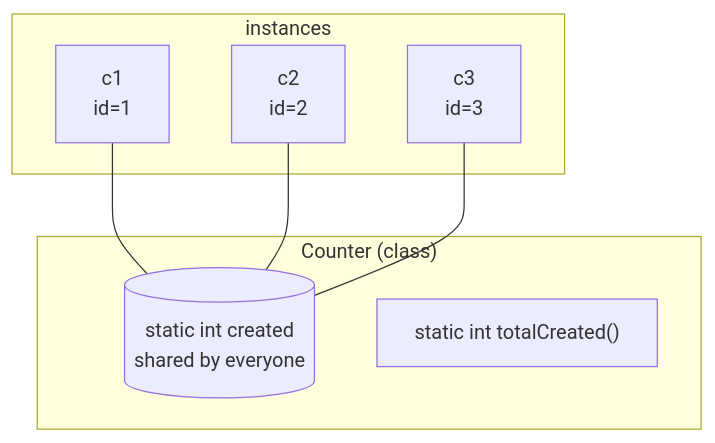
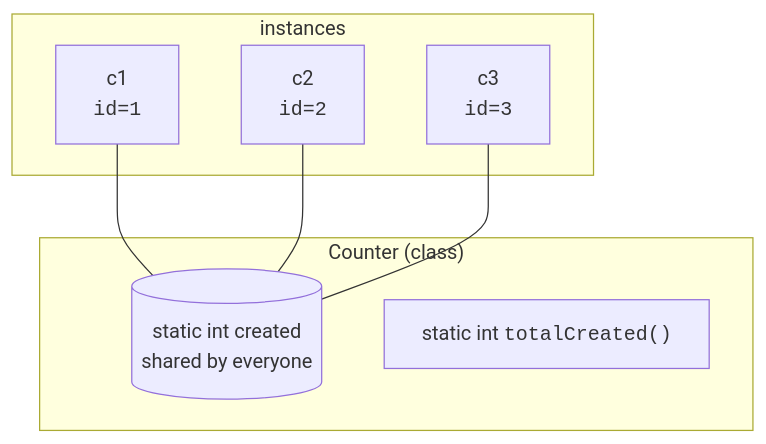
The first of 3 diagrams in content/learn/oop-blueprint-java/static-and-utility.mdx (dataslope/dataslope), drawn with Mermaid before and after one commit. The commit also changed 218 other files, not shown here.

First line of the commit message:
Render code-only mermaid shapes in monospace; convert step sequences to Steps (#467)

````diff
--- a/content/learn/oop-blueprint-java/static-and-utility.mdx
+++ b/content/learn/oop-blueprint-java/static-and-utility.mdx
@@ -21,15 +21,15 @@
 ```mermaid
 flowchart TB
     subgraph C["Counter (class)"]
         S[("static int created<br/>shared by everyone")]
-        SM["static int totalCreated()"]
+        SM["static int <code>totalCreated()</code>"]
     end
     subgraph I["instances"]
-        I1["c1<br/>id=1"]
-        I2["c2<br/>id=2"]
-        I3["c3<br/>id=3"]
+        I1["c1<br/><code>id=1</code>"]
+        I2["c2<br/><code>id=2</code>"]
+        I3["c3<br/><code>id=3</code>"]
     end
     I1 --- S
     I2 --- S
     I3 --- S
 ```
````
